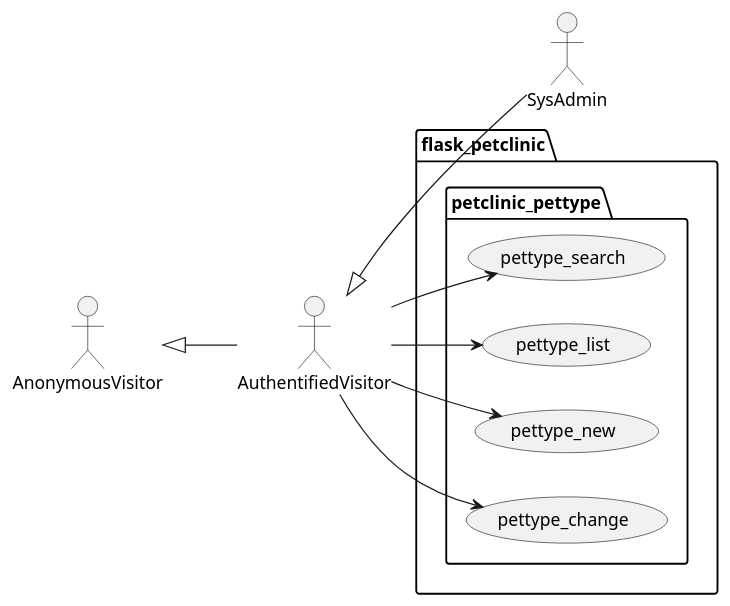
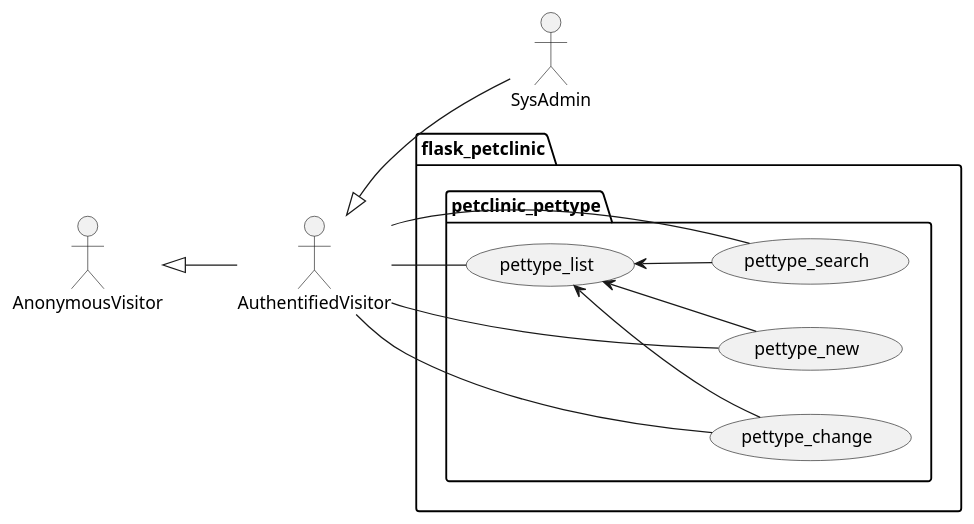
One commit to Jakarta-EE-Petclinic/petclinic_flask changed the diagram in project/petclinic_model/pettype/pettype.puml. Above: the diagram before and after it, drawn with PlantUML. The commit also changed 7 other files, not shown here.

```diff
--- a/project/petclinic_model/pettype/pettype.puml
+++ b/project/petclinic_model/pettype/pettype.puml
@@ -1,25 +1,29 @@
 @startuml
 left to right direction
 
 actor AnonymousVisitor as av
 actor AuthentifiedVisitor as au
 actor SysAdmin as sa
 
 av <|-- au
 au <|-- sa
 
 package flask_petclinic {
 
     package petclinic_pettype {
         usecase pettype_search as uc4000
         usecase pettype_list as uc4001
         usecase pettype_new as uc4002
         usecase pettype_change as uc4003
 
-        au --> uc4000
-        au --> uc4001
-        au --> uc4002
-        au --> uc4003
+        au -- uc4000
+        au -- uc4001
+        au -- uc4002
+        au -- uc4003
+
+        uc4001 <-- uc4000
+        uc4001 <-- uc4002
+        uc4001 <-- uc4003
     }
 }
 @enduml
```
